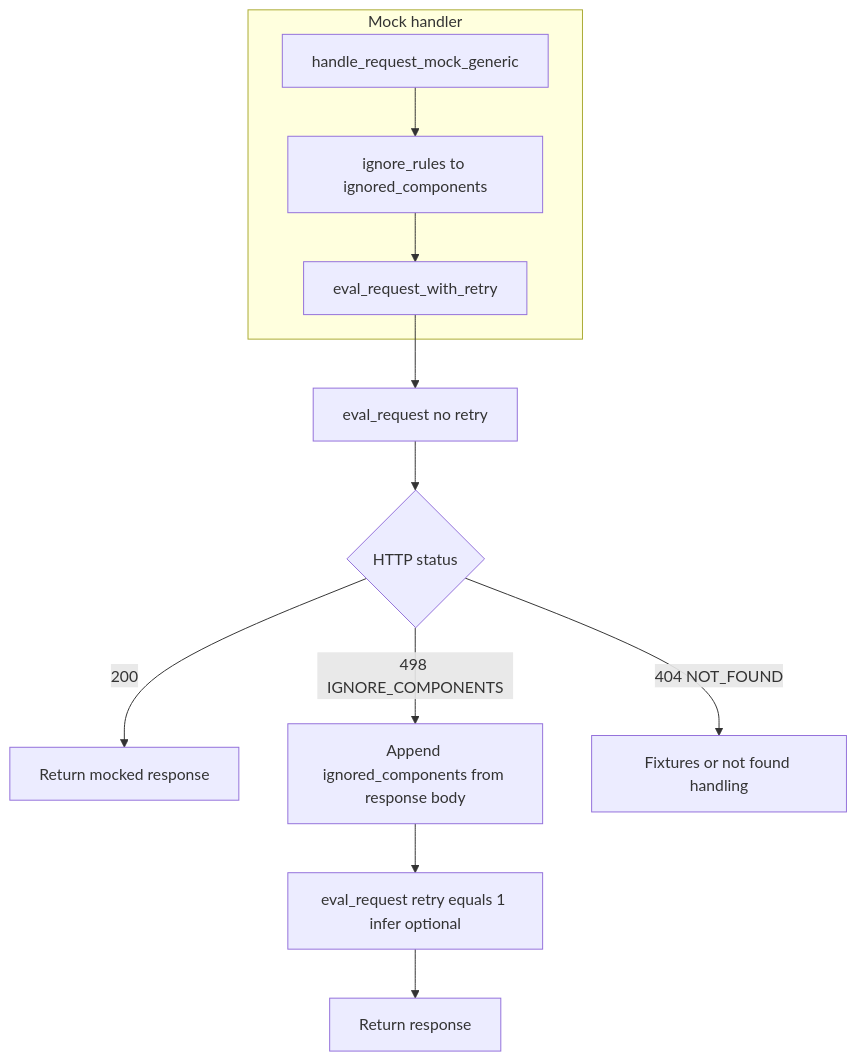
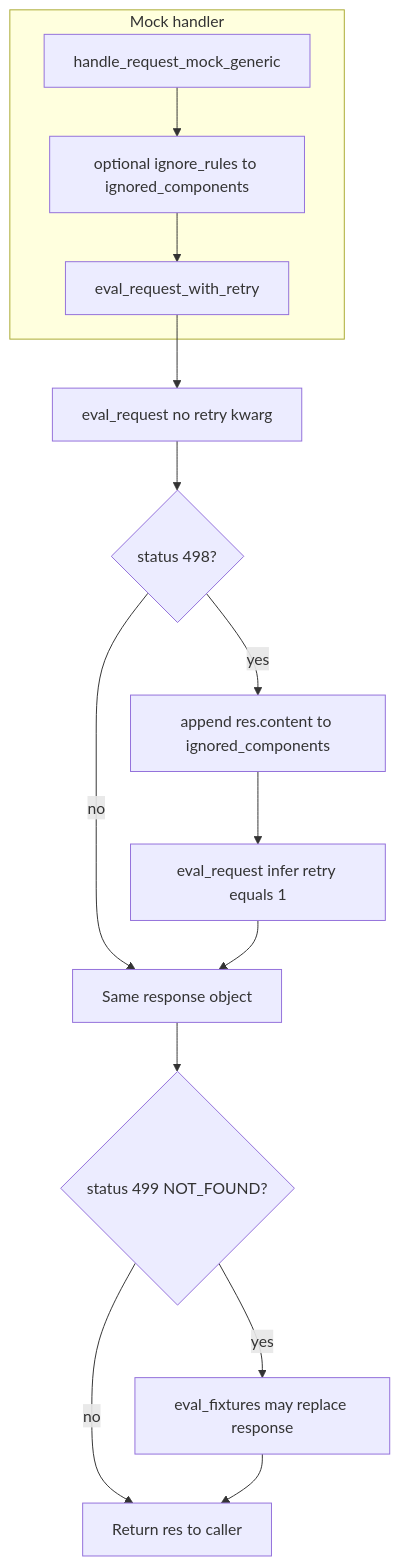
The first of 4 diagrams in docs/mock-request-matching.md (Stoobly/stoobly-agent), drawn with Mermaid before and after one commit. The commit also changed other lines of this file, not shown here.

Commit message:
Update mock handler and retry loop diagram

````diff
--- a/docs/mock-request-matching.md
+++ b/docs/mock-request-matching.md
@@ -29,16 +31,19 @@
 ```mermaid
 flowchart TB
   subgraph entry [Mock handler]
     HMG[handle_request_mock_generic]
-    Rules[ignore_rules to ignored_components]
+    Rules[optional ignore_rules to ignored_components]
     EvalRetry[eval_request_with_retry]
   end
   HMG --> Rules --> EvalRetry
-  EvalRetry --> FirstTry[eval_request no retry]
-  FirstTry --> Status{HTTP status}
-  Status -->|"200"| Done[Return mocked response]
-  Status -->|"498 IGNORE_COMPONENTS"| Append[Append ignored_components from response body]
-  Append --> SecondTry[eval_request retry equals 1 infer optional]
-  SecondTry --> Done2[Return response]
-  Status -->|"404 NOT_FOUND"| NF[Fixtures or not found handling]
+  EvalRetry --> FirstTry[eval_request no retry kwarg]
+  FirstTry --> D1{status 498?}
+  D1 -->|yes| Append[append res.content to ignored_components]
+  Append --> SecondTry[eval_request infer retry equals 1]
+  D1 -->|no| Merge[Same response object]
+  SecondTry --> Merge
+  Merge --> D2{status 499 NOT_FOUND?}
+  D2 -->|yes| Fixtures[eval_fixtures may replace response]
+  D2 -->|no| Out[Return res to caller]
+  Fixtures --> Out
 ```
````
